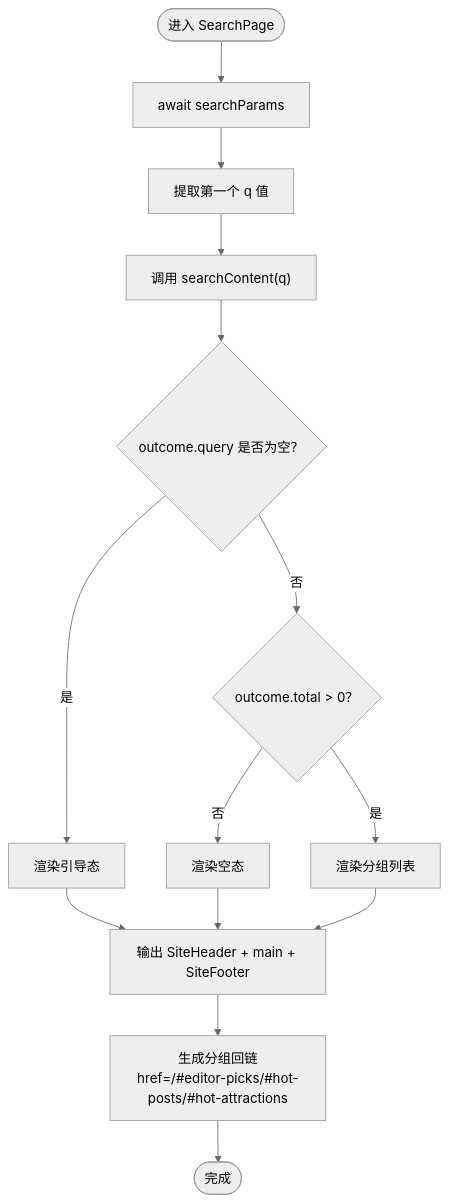
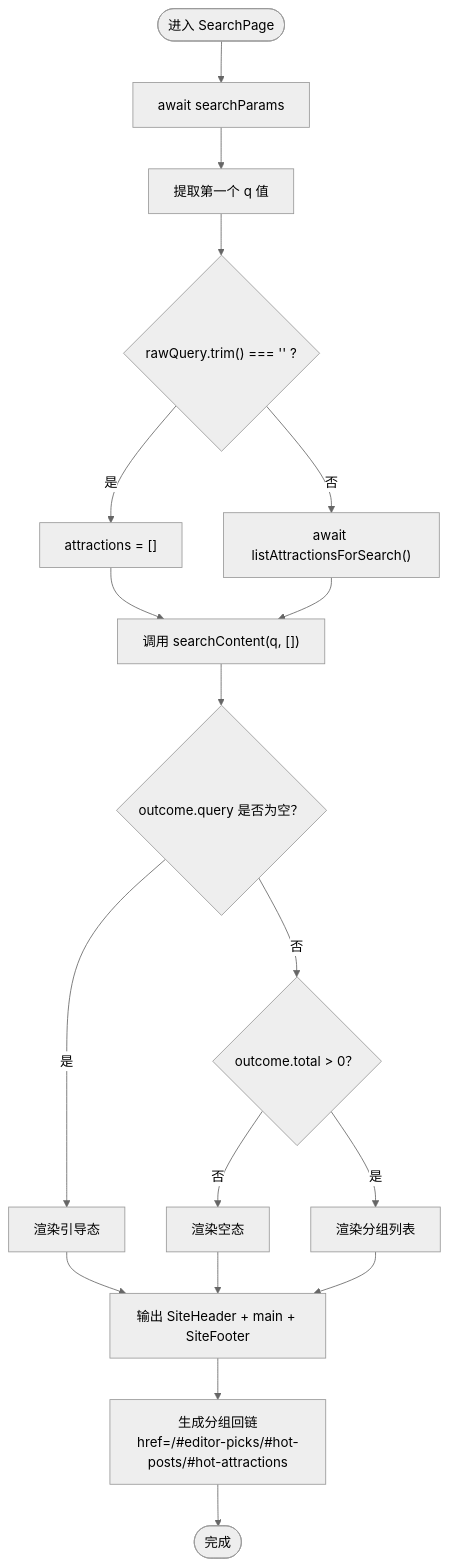
Before and after one commit to luyitiger6/my-first-project: the third of 8 diagrams in .qoder/repowiki/zh/content/规格驱动开发/WanderChain 首页规格文档/WanderChain 搜索页面规格.md, drawn with Mermaid (neutral theme). The commit also changed other lines of this file and 36 other files, not shown here.

````diff
--- a/.qoder/repowiki/zh/content/规格驱动开发/WanderChain 首页规格文档/WanderChain 搜索页面规格.md
+++ b/.qoder/repowiki/zh/content/规格驱动开发/WanderChain 首页规格文档/WanderChain 搜索页面规格.md
@@ -155,16 +164,20 @@
 ```mermaid
 flowchart TD
 Start(["进入 SearchPage"]) --> AwaitParams["await searchParams"]
 AwaitParams --> FirstQ["提取第一个 q 值"]
-FirstQ --> CallSearch["调用 searchContent(q)"]
+FirstQ --> CheckQuery{"rawQuery.trim() === '' ?"}
+CheckQuery --> |是| EmptyAttractions["attractions = []"]
+CheckQuery --> |否| FetchAttractions["await listAttractionsForSearch()"]
+EmptyAttractions --> CallSearch["调用 searchContent(q, [])"]
+FetchAttractions --> CallSearch
 CallSearch --> Outcome{"outcome.query 是否为空？"}
 Outcome --> |是| Guide["渲染引导态"]
 Outcome --> |否| HasTotal{"outcome.total > 0？"}
 HasTotal --> |否| Empty["渲染空态"]
 HasTotal --> |是| Groups["渲染分组列表"]
 Guide --> Render["输出 SiteHeader + main + SiteFooter"]
 Empty --> Render
 Groups --> Render
 Render --> AnchorLinks["生成分组回链<br/>href=/#editor-picks/#hot-posts/#hot-attractions"]
 AnchorLinks --> End(["完成"])
 ```
````
